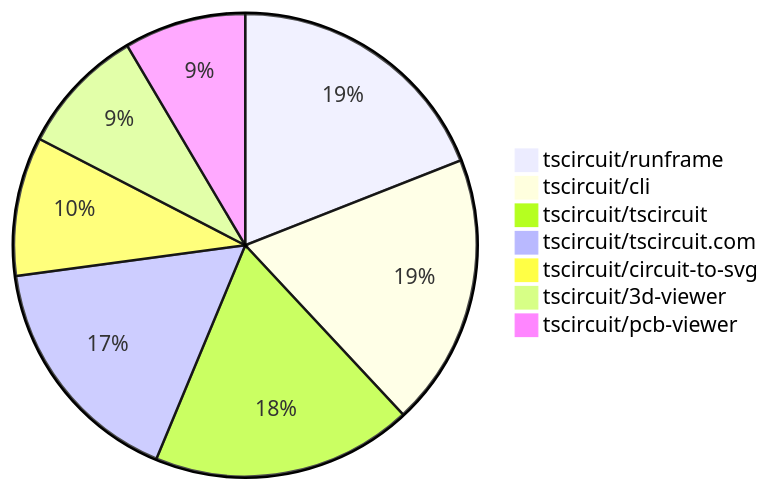
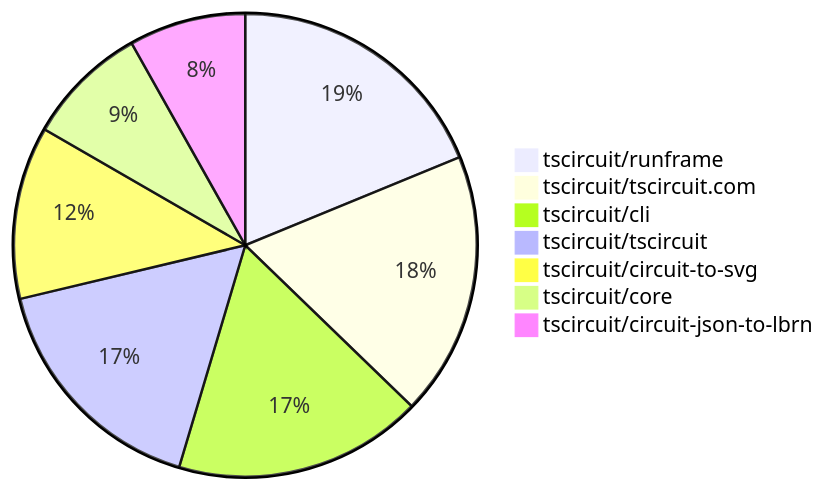
The second of 2 diagrams in README.md (tscircuit/contribution-tracker), drawn with Mermaid before and after one commit. The commit also changed other lines of this file and 3 other files, not shown here.

````diff
--- a/README.md
+++ b/README.md
@@ -129,10 +133,10 @@
 ```mermaid
 pie
-    "tscircuit/runframe" : 47
-    "tscircuit/cli" : 47
-    "tscircuit/tscircuit" : 45
-    "tscircuit/tscircuit.com" : 41
-    "tscircuit/circuit-to-svg" : 24
-    "tscircuit/3d-viewer" : 22
-    "tscircuit/pcb-viewer" : 21
+    "tscircuit/runframe" : 53
+    "tscircuit/tscircuit.com" : 52
+    "tscircuit/cli" : 49
+    "tscircuit/tscircuit" : 47
+    "tscircuit/circuit-to-svg" : 34
+    "tscircuit/core" : 24
+    "tscircuit/circuit-json-to-lbrn" : 23
 ```
````
